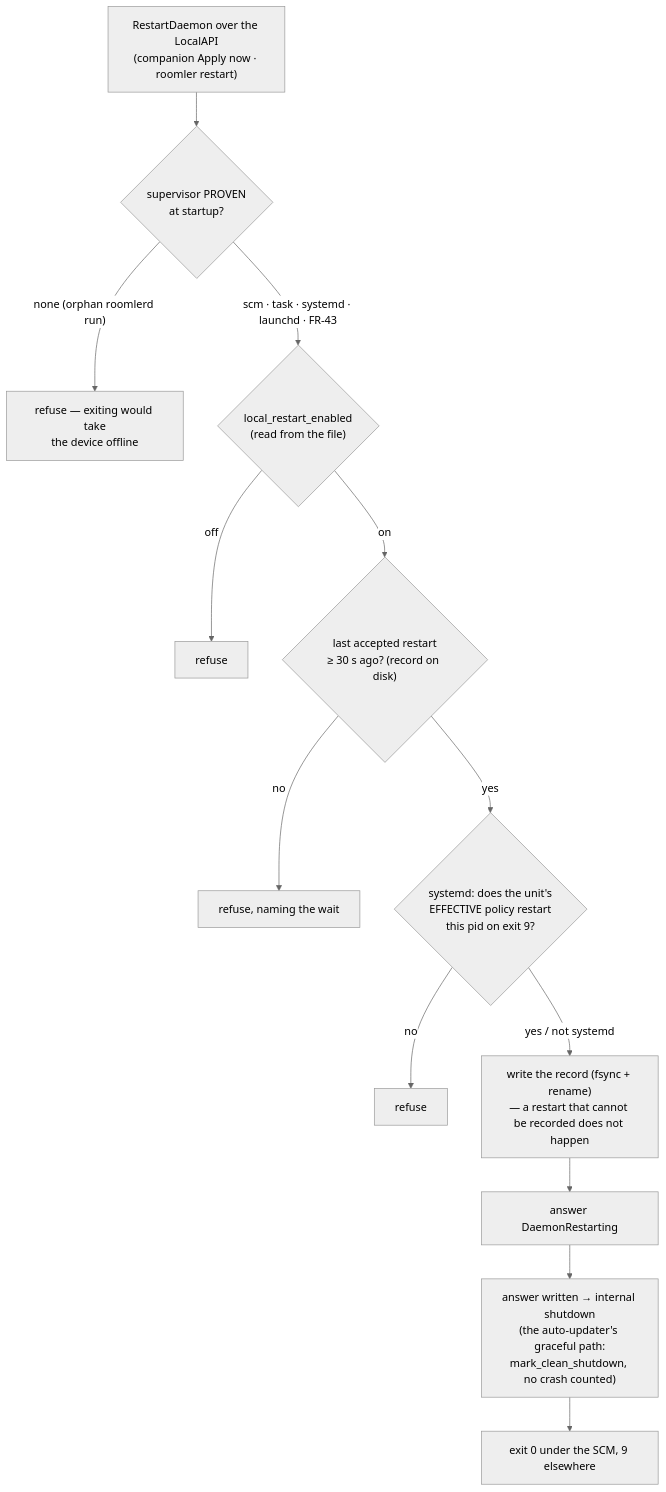
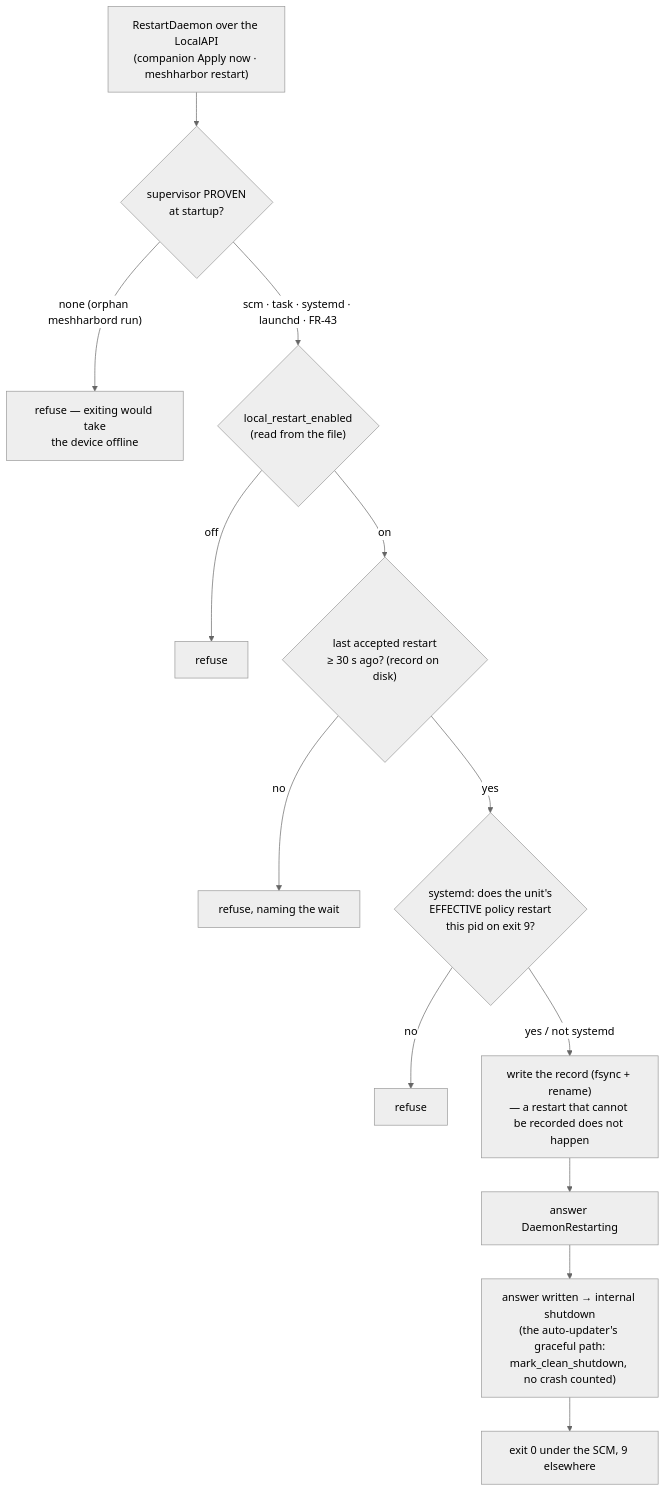
One commit to jk-zhang-meta/MeshHarbor changed the diagram in docs/remote-config.md. Above: the diagram before and after it, drawn with Mermaid (neutral theme). The commit also changed other lines of this file and 682 other files, not shown here.

````diff
--- a/docs/remote-config.md
+++ b/docs/remote-config.md
@@ -314,15 +314,15 @@
 ```mermaid
 flowchart TD
-    Ask["RestartDaemon over the LocalAPI<br/>(companion Apply now · roomler restart)"] --> Sup{"supervisor PROVEN<br/>at startup?"}
-    Sup -- "none (orphan roomlerd run)" --> R1["refuse — exiting would take<br/>the device offline"]
+    Ask["RestartDaemon over the LocalAPI<br/>(companion Apply now · meshharbor restart)"] --> Sup{"supervisor PROVEN<br/>at startup?"}
+    Sup -- "none (orphan meshharbord run)" --> R1["refuse — exiting would take<br/>the device offline"]
     Sup -- "scm · task · systemd · launchd · FR-43" --> On{"local_restart_enabled<br/>(read from the file)"}
     On -- off --> R2[refuse]
     On -- on --> Rate{"last accepted restart<br/>≥ 30 s ago? (record on disk)"}
     Rate -- no --> R3["refuse, naming the wait"]
     Rate -- yes --> Sd{"systemd: does the unit's<br/>EFFECTIVE policy restart<br/>this pid on exit 9?"}
     Sd -- no --> R4[refuse]
     Sd -- "yes / not systemd" --> Rec["write the record (fsync + rename)<br/>— a restart that cannot be recorded does not happen"]
     Rec --> Ans["answer DaemonRestarting"]
     Ans --> Commit["answer written → internal shutdown<br/>(the auto-updater's graceful path:<br/>mark_clean_shutdown, no crash counted)"]
     Commit --> Exit["exit 0 under the SCM, 9 elsewhere"]
 ```
````
